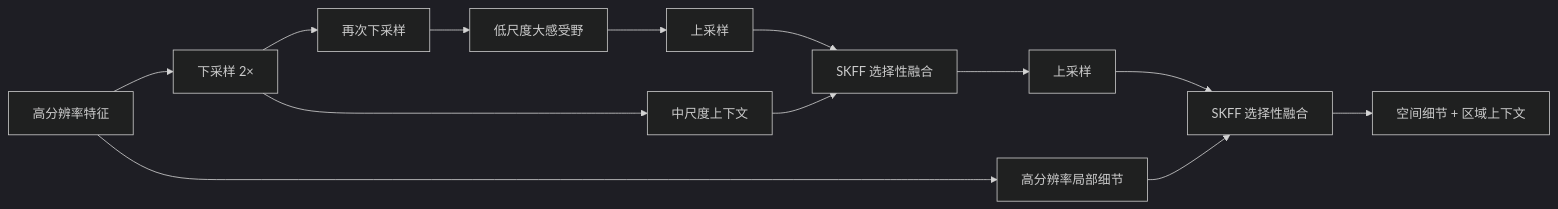
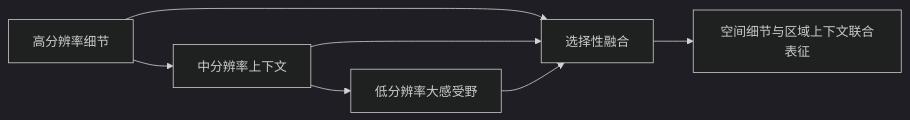
The first of 8 diagrams in NAFNet模型改进建议.md (deathend110/BARU_Unet), drawn with Mermaid (dark theme) before and after one commit. The commit also changed other lines of this file, not shown here.

````diff
--- a/NAFNet模型改进建议.md
+++ b/NAFNet模型改进建议.md
@@ -122,15 +124,9 @@
 ```mermaid
 flowchart LR
-    A[高分辨率特征] --> T[高分辨率局部细节]
-    A --> D1[下采样 2×]
-    D1 --> M[中尺度上下文]
-    D1 --> D2[再次下采样]
-    D2 --> B[低尺度大感受野]
-    B --> U1[上采样]
-    U1 --> F1[SKFF 选择性融合]
-    M --> F1
-    F1 --> U2[上采样]
-    U2 --> F2[SKFF 选择性融合]
-    T --> F2
-    F2 --> O[空间细节 + 区域上下文]
+    A[高分辨率细节] --> F[选择性融合]
+    A --> D1[中分辨率上下文]
+    D1 --> F
+    D1 --> D2[低分辨率大感受野]
+    D2 --> F
+    F --> O[空间细节与区域上下文联合表征]
 ```
````
